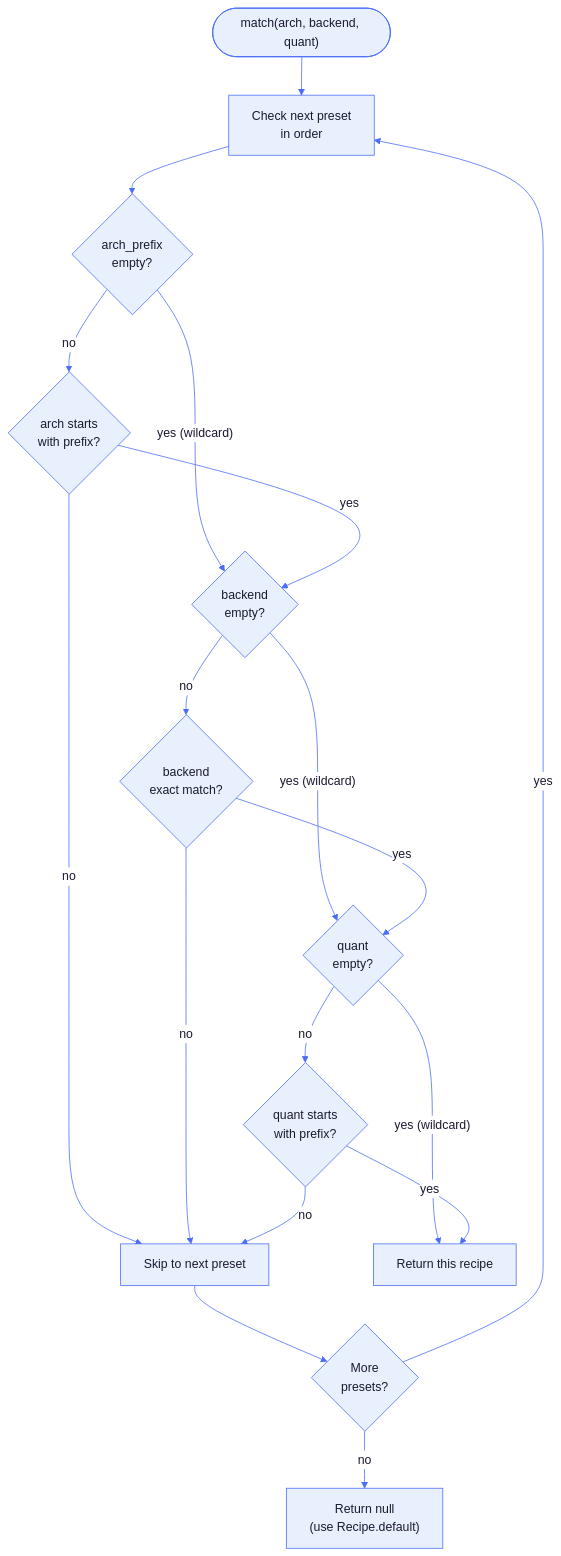
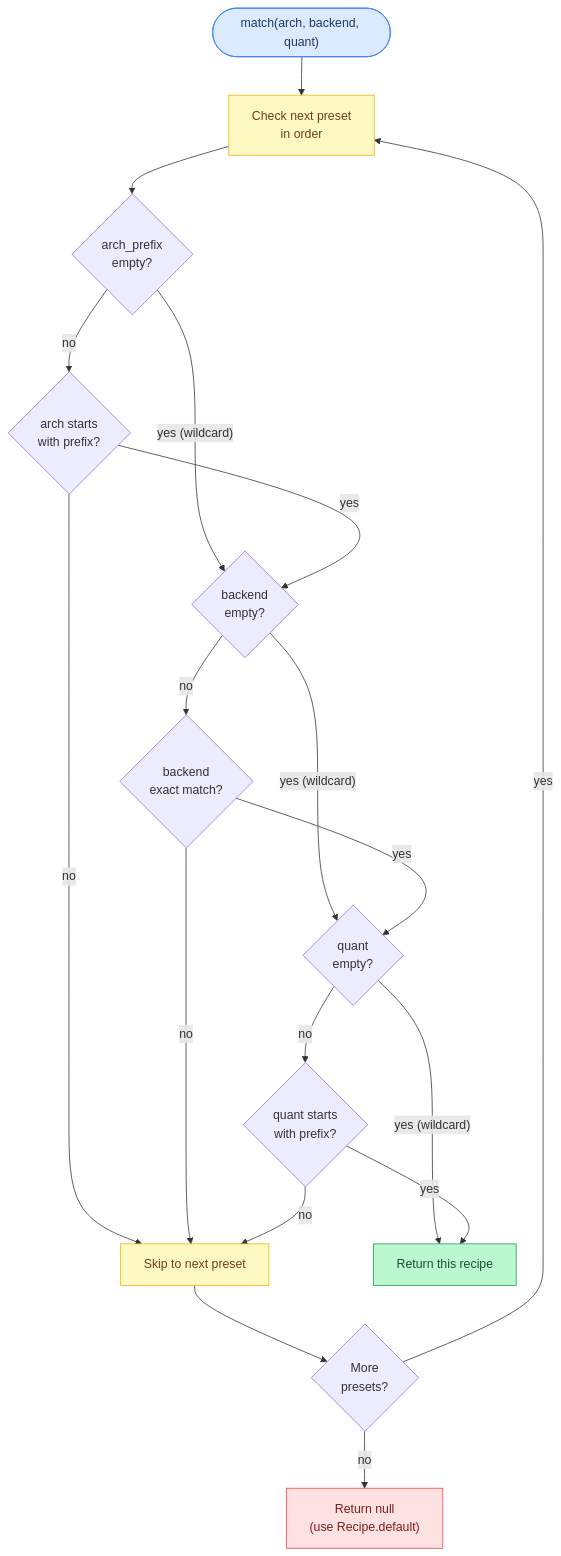
Before and after one commit to maci0/agave: the second of 6 diagrams in docs/tutorial/16-recipe-system.md, drawn with Mermaid. The commit also changed other lines of this file and 24 other files, not shown here.

First line of the commit message:
docs: convert all mermaid diagrams to classDef semantic colors

````diff
--- a/docs/tutorial/16-recipe-system.md
+++ b/docs/tutorial/16-recipe-system.md
@@ -180,34 +173,33 @@
 ```mermaid
-%%{init: {'theme': 'base', 'themeVariables': {
-  'primaryColor': '#e8f0fe',
-  'primaryTextColor': '#1a1a2e',
-  'primaryBorderColor': '#4a6cf7',
-  'lineColor': '#4a6cf7',
-  'secondaryColor': '#f0f4ff',
-  'tertiaryColor': '#f8f9ff',
-  'edgeLabelBackground': '#ffffff',
-  'clusterBkg': '#f0f4ff',
-  'clusterBorder': '#4a6cf7',
-  'titleColor': '#1a1a2e',
-  'nodeTextColor': '#1a1a2e',
-  'fontFamily': 'ui-monospace, SFMono-Regular, monospace'
-}}}%%
 flowchart TD
-    Start(["match(arch, backend, quant)"]) --> Loop["Check next preset\nin order"]
+    classDef setup     fill:#dbeafe,stroke:#3b82f6,color:#1e3a5f
+    classDef sync      fill:#dcfce7,stroke:#22c55e,color:#14532d
+    classDef migration fill:#fef9c3,stroke:#eab308,color:#713f12
+    classDef success   fill:#bbf7d0,stroke:#16a34a,color:#14532d
+    classDef danger    fill:#fee2e2,stroke:#ef4444,color:#7f1d1d
+    classDef optional  fill:#f3e8ff,stroke:#9333ea,color:#581c87
+
+    Start(["match(arch, backend, quant)"]):::setup
+    Loop["Check next preset\nin order"]:::migration
+    NextPreset["Skip to next preset"]:::migration
+    Hit["Return this recipe"]:::success
+    Miss["Return null\n(use Recipe.default)"]:::danger
+
+    Start --> Loop
     Loop --> ArchCheck{"arch_prefix\nempty?"}
     ArchCheck -- "yes (wildcard)" --> BackCheck
     ArchCheck -- "no" --> ArchMatch{"arch starts\nwith prefix?"}
-    ArchMatch -- "no" --> NextPreset["Skip to next preset"]
+    ArchMatch -- "no" --> NextPreset
     ArchMatch -- "yes" --> BackCheck{"backend\nempty?"}
     BackCheck -- "yes (wildcard)" --> QuantCheck
     BackCheck -- "no" --> BackMatch{"backend\nexact match?"}
     BackMatch -- "no" --> NextPreset
     BackMatch -- "yes" --> QuantCheck{"quant\nempty?"}
-    QuantCheck -- "yes (wildcard)" --> Hit["Return this recipe"]
+    QuantCheck -- "yes (wildcard)" --> Hit
     QuantCheck -- "no" --> QuantMatch{"quant starts\nwith prefix?"}
     QuantMatch -- "no" --> NextPreset
     QuantMatch -- "yes" --> Hit
     NextPreset --> More{"More\npresets?"}
     More -- "yes" --> Loop
-    More -- "no" --> Miss["Return null\n(use Recipe.default)"]
+    More -- "no" --> Miss
 ```
````
